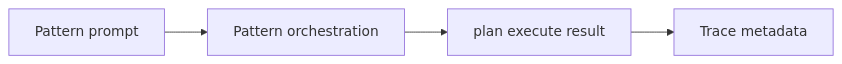
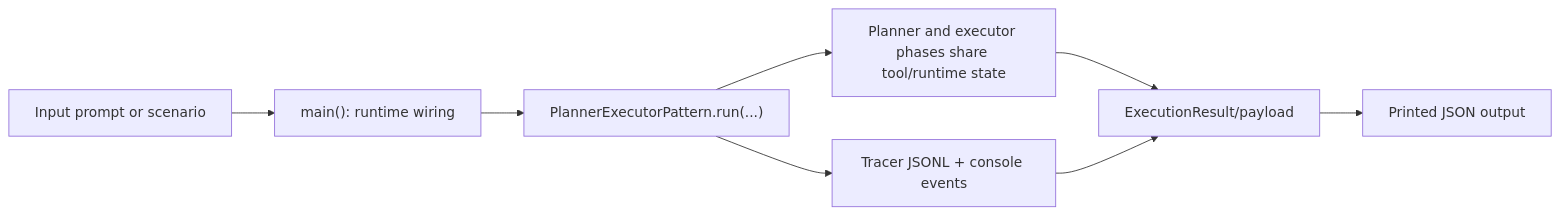
One commit to cmudrc/design-research-agents changed the diagram in docs/examples/patterns/plan_execute.rst. Above: the diagram before and after it, drawn with Mermaid. The commit also changed other lines of this file and 83 other files, not shown here.

```diff
--- a/docs/examples/patterns/plan_execute.rst
+++ b/docs/examples/patterns/plan_execute.rst
@@ -21,6 +22,10 @@
 .. mermaid::
 
    flowchart LR
-       A["Pattern prompt"] --> B["Pattern orchestration"]
-       B --> C["plan execute result"]
-       C --> D["Trace metadata"]
+       A["Input prompt or scenario"] --> B["main(): runtime wiring"]
+       B --> C["PlannerExecutorPattern.run(...)"]
+       C --> D["Planner and executor phases share tool/runtime state"]
+       C --> E["Tracer JSONL + console events"]
+       D --> F["ExecutionResult/payload"]
+       E --> F
+       F --> G["Printed JSON output"]
```
